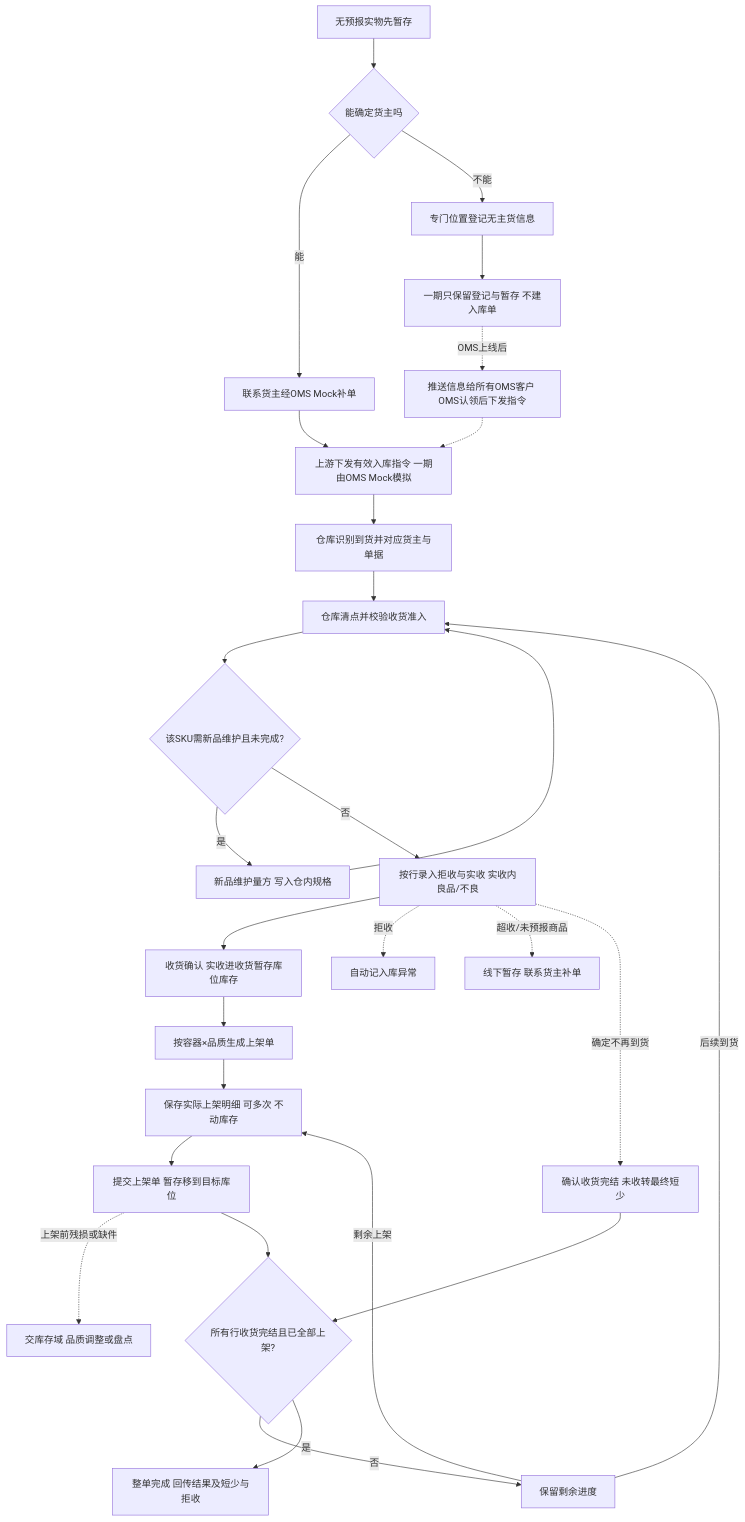
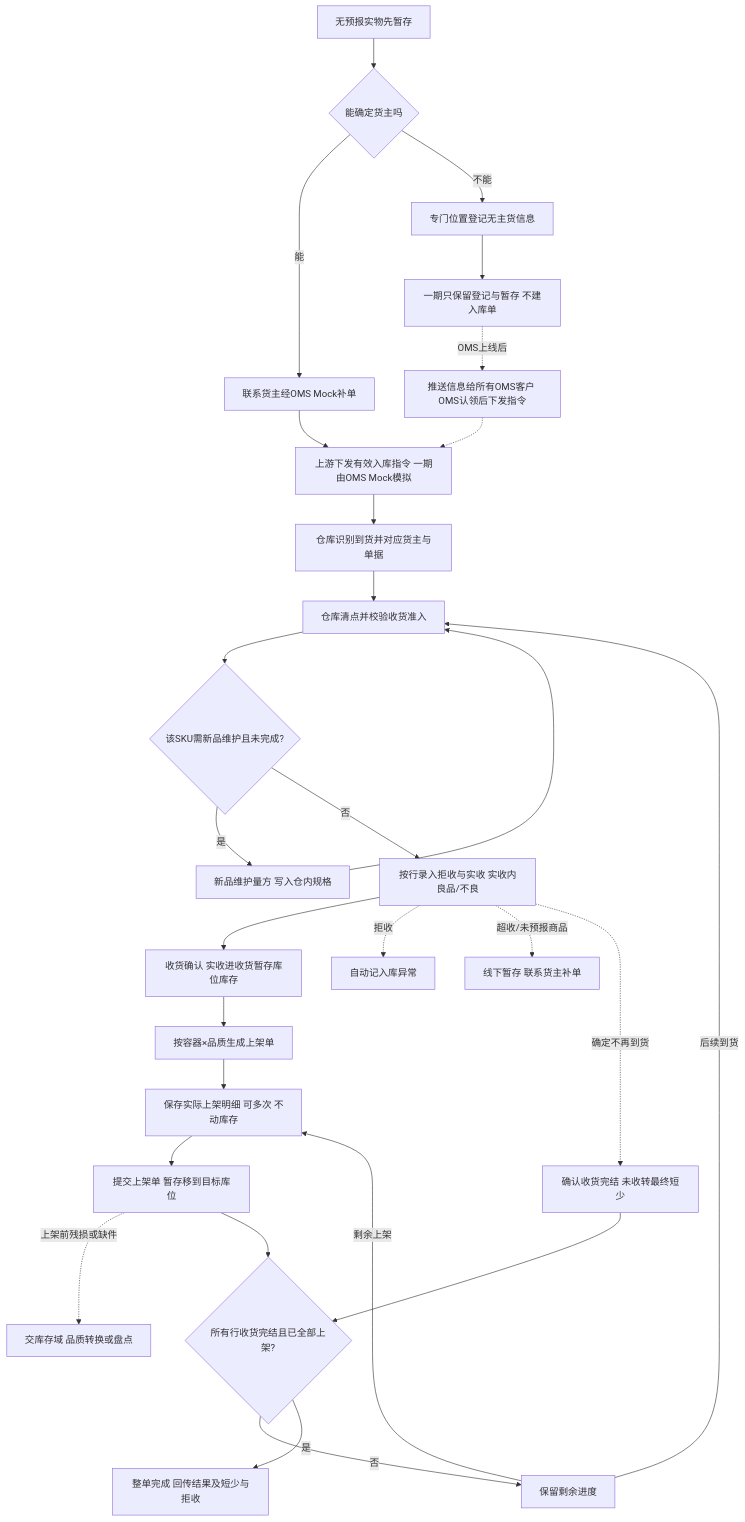
One commit to TopVitamin/QS-WMS-Project changed the diagram in 04-业务分析和设计/02-入库业务设计.md. Above: the diagram before and after it, drawn with Mermaid. The commit also changed other lines of this file and 174 other files, not shown here.

````diff
--- a/04-业务分析和设计/02-入库业务设计.md
+++ b/04-业务分析和设计/02-入库业务设计.md
@@ -112,30 +112,30 @@
 ```mermaid
 flowchart TD
     A[上游下发有效入库指令 一期由OMS Mock模拟] --> B[仓库识别到货并对应货主与单据]
     U[无预报实物先暂存] --> C{能确定货主吗}
     C -->|能| D[联系货主经OMS Mock补单]
     D --> A
     C -->|不能| E[专门位置登记无主货信息]
     E --> F[一期只保留登记与暂存 不建入库单]
     F -.->|OMS上线后| FO[推送信息给所有OMS客户 OMS认领后下发指令]
     FO -.-> A
     B --> G[仓库清点并校验收货准入]
     G --> NM{该SKU需新品维护且未完成?}
     NM -->|是| NP[新品维护量方 写入仓内规格]
     NP --> G
     NM -->|否| RC[按行录入拒收与实收 实收内良品/不良]
     RC --> ST[收货确认 实收进收货暂存库位库存]
     ST --> PO[按容器×品质生成上架单]
     PO --> SV[保存实际上架明细 可多次 不动库存]
     SV --> SUB[提交上架单 暂存移到目标库位]
-    SUB -.->|上架前残损或缺件| INV[交库存域 品质调整或盘点]
+    SUB -.->|上架前残损或缺件| INV[交库存域 品质转换或盘点]
     RC -.->|拒收| DF[自动记入库异常]
     RC -.->|超收/未预报商品| OX[线下暂存 联系货主补单]
     RC -.->|确定不再到货| CF[确认收货完结 未收转最终短少]
     SUB --> N{所有行收货完结且已全部上架?}
     CF --> N
     N -->|否| O[保留剩余进度]
     O -->|后续到货| G
     O -->|剩余上架| SV
     N -->|是| Q[整单完成 回传结果及短少与拒收]
 ```
````
